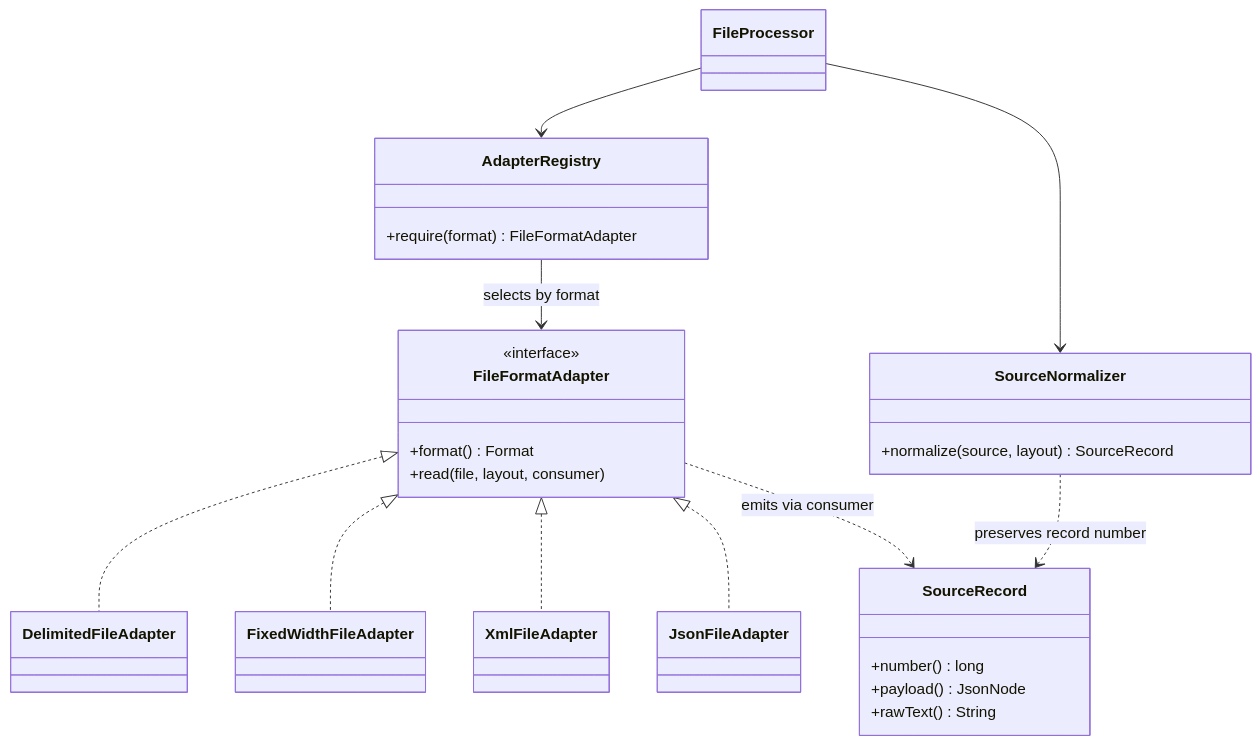
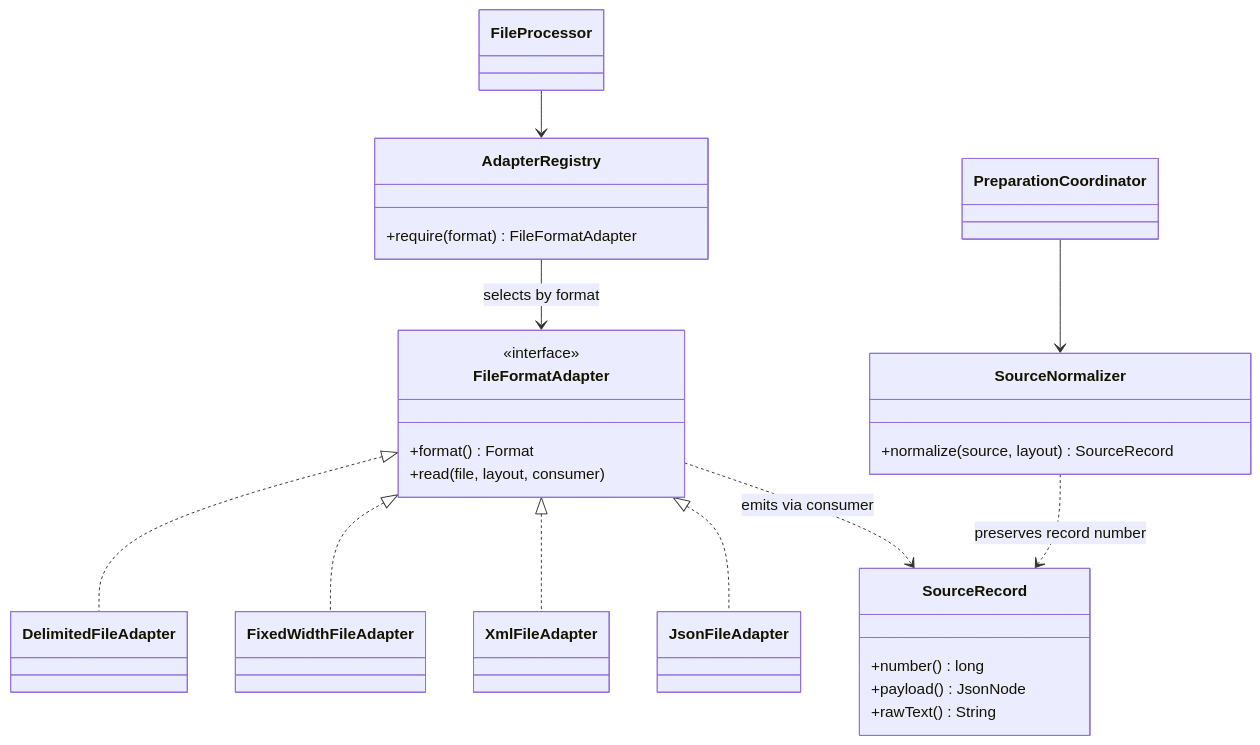
One commit to jenbrick/fileadapter changed the fifth of 11 diagrams in docs/runtime-diagrams.md. Above: the diagram before and after it, drawn with Mermaid. The commit also changed other lines of this file and 73 other files, not shown here.

````diff
--- a/docs/runtime-diagrams.md
+++ b/docs/runtime-diagrams.md
@@ -236,34 +235,35 @@
 ```mermaid
 classDiagram
     direction TB
     class FileProcessor
+    class PreparationCoordinator
     class AdapterRegistry {
         +require(format) FileFormatAdapter
     }
     class FileFormatAdapter {
         <<interface>>
         +format() Format
         +read(file, layout, consumer)
     }
     class DelimitedFileAdapter
     class FixedWidthFileAdapter
     class XmlFileAdapter
     class JsonFileAdapter
     class SourceRecord {
         +number() long
         +payload() JsonNode
         +rawText() String
     }
     class SourceNormalizer {
         +normalize(source, layout) SourceRecord
     }
     FileProcessor --> AdapterRegistry
-    FileProcessor --> SourceNormalizer
+    PreparationCoordinator --> SourceNormalizer
     AdapterRegistry --> FileFormatAdapter : selects by format
     FileFormatAdapter <|.. DelimitedFileAdapter
     FileFormatAdapter <|.. FixedWidthFileAdapter
     FileFormatAdapter <|.. XmlFileAdapter
     FileFormatAdapter <|.. JsonFileAdapter
     FileFormatAdapter ..> SourceRecord : emits via consumer
     SourceNormalizer ..> SourceRecord : preserves record number
 ```
````
